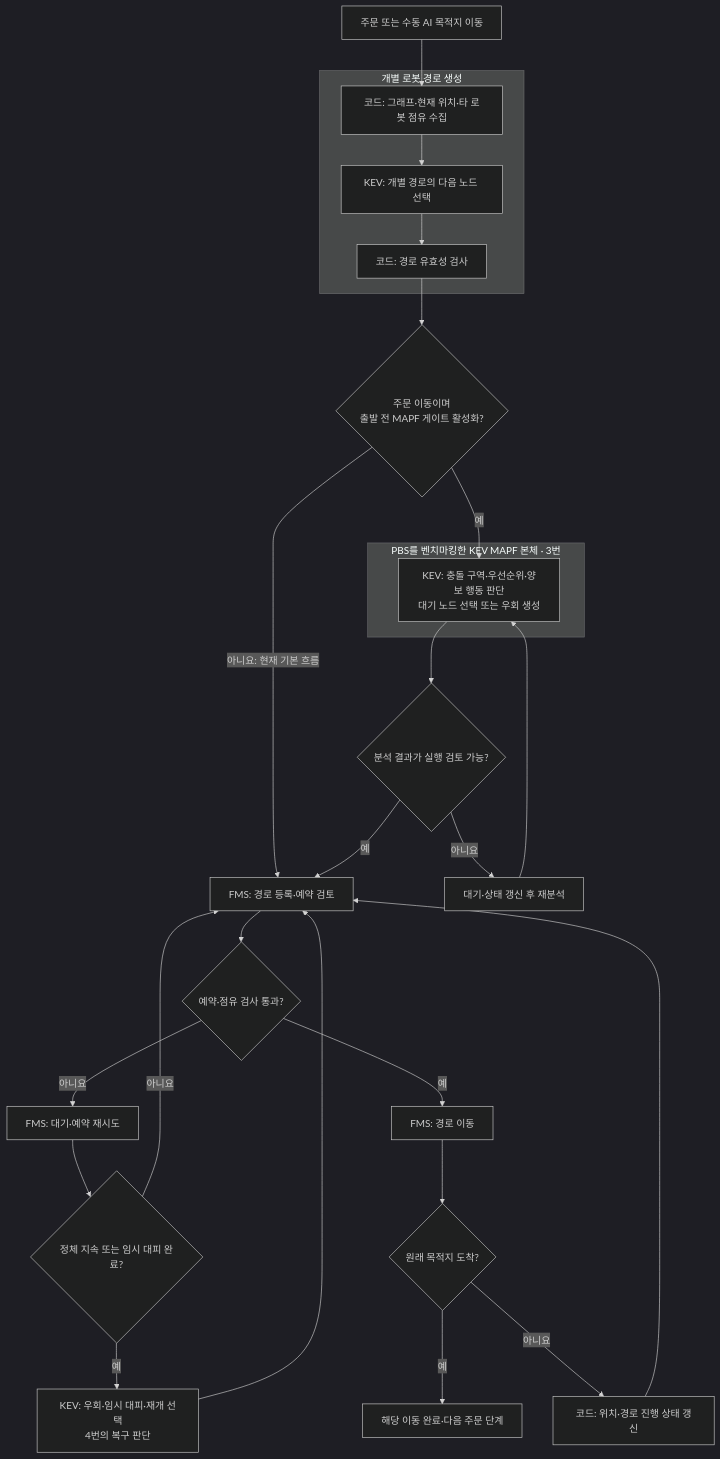
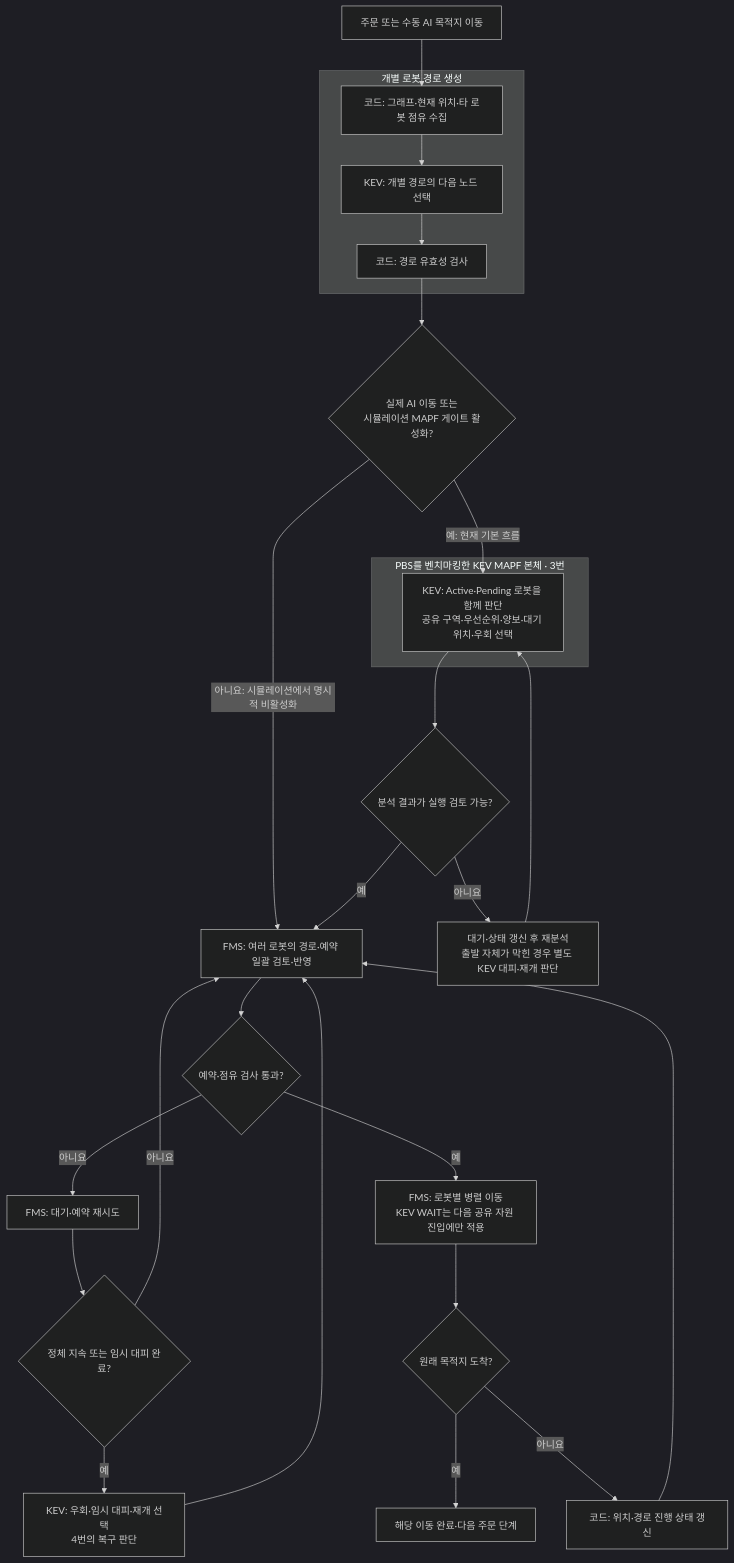
One commit to E1I6-Logistics/Logistics_AI changed the first of 6 diagrams in docs/kev_mapf_flowchart.md. Above: the diagram before and after it, drawn with Mermaid (dark theme). The commit also changed other lines of this file and 40 other files, not shown here.

First line of the commit message:
fix(mapf): restore parallel KEV orders and encapsulate execution

````diff
--- a/docs/kev_mapf_flowchart.md
+++ b/docs/kev_mapf_flowchart.md
@@ -49,31 +56,31 @@
 ```mermaid
 flowchart TD
     A["주문 또는 수동 AI 목적지 이동"] --> B
     subgraph ROUTE["개별 로봇 경로 생성"]
         B["코드: 그래프·현재 위치·타 로봇 점유 수집"] --> C["KEV: 개별 경로의 다음 노드 선택"]
         C --> D["코드: 경로 유효성 검사"]
     end
-    D --> E{"주문 이동이며<br/>출발 전 MAPF 게이트 활성화?"}
+    D --> E{"실제 AI 이동 또는<br/>시뮬레이션 MAPF 게이트 활성화?"}
 
-    E -- "아니요: 현재 기본 흐름" --> H["FMS: 경로 등록·예약 검토"]
-    E -- 예 --> F
+    E -- "아니요: 시뮬레이션에서 명시적 비활성화" --> H["FMS: 여러 로봇의 경로·예약 일괄 검토·반영"]
+    E -- "예: 현재 기본 흐름" --> F
     subgraph MAPF["PBS를 벤치마킹한 KEV MAPF 본체 · 3번"]
-        F["KEV: 충돌 구역·우선순위·양보 행동 판단<br/>대기 노드 선택 또는 우회 생성"]
+        F["KEV: Active·Pending 로봇을 함께 판단<br/>공유 구역·우선순위·양보·대기 위치·우회 선택"]
     end
     F --> G{"분석 결과가 실행 검토 가능?"}
-    G -- 아니요 --> W["대기·상태 갱신 후 재분석"]
+    G -- 아니요 --> W["대기·상태 갱신 후 재분석<br/>출발 자체가 막힌 경우 별도 KEV 대피·재개 판단"]
     W --> F
     G -- 예 --> H
 
     H --> I{"예약·점유 검사 통과?"}
     I -- 아니요 --> J["FMS: 대기·예약 재시도"]
-    I -- 예 --> K["FMS: 경로 이동"]
+    I -- 예 --> K["FMS: 로봇별 병렬 이동<br/>KEV WAIT는 다음 공유 자원 진입에만 적용"]
     K --> L{"원래 목적지 도착?"}
     L -- 예 --> Z["해당 이동 완료·다음 주문 단계"]
     L -- 아니요 --> M["코드: 위치·경로 진행 상태 갱신"]
     M --> H
     J --> N{"정체 지속 또는 임시 대피 완료?"}
     N -- 아니요 --> H
     N -- 예 --> O["KEV: 우회·임시 대피·재개 선택<br/>4번의 복구 판단"]
     O --> H
 ```
````
